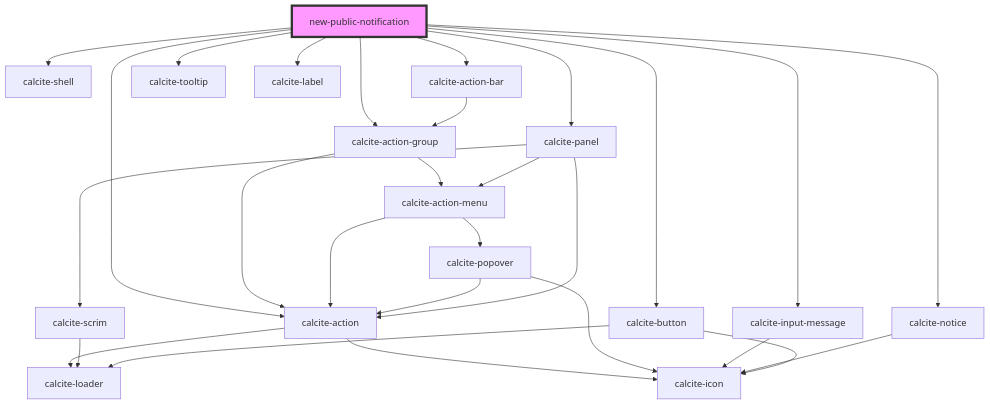
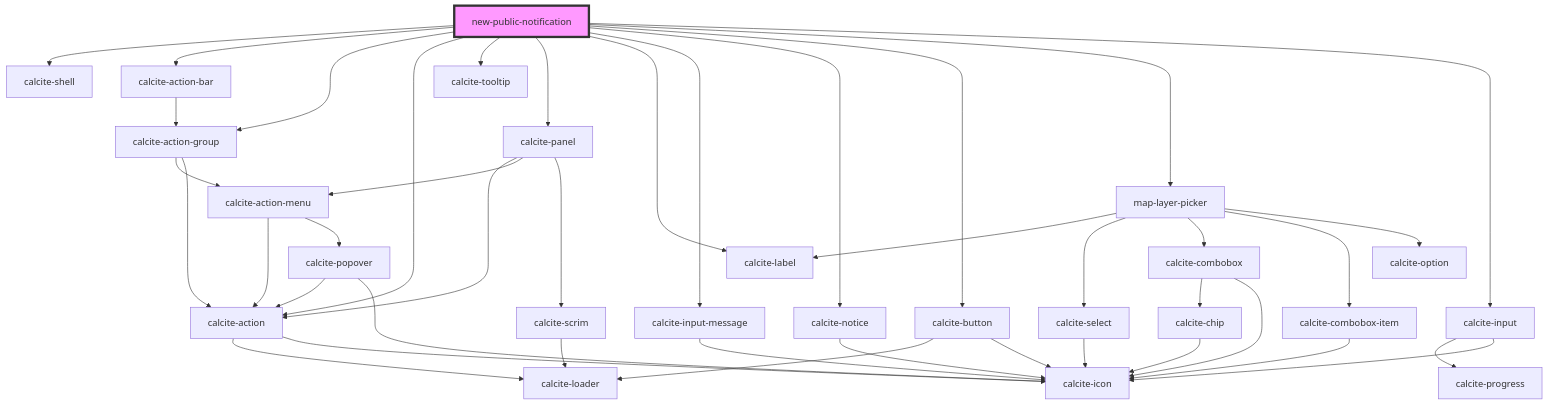
The diagram in src/components/new-public-notification/readme.md (Esri/solutions-components), drawn with Mermaid before and after one commit. The commit also changed other lines of this file and 7 other files, not shown here.

````diff
--- a/src/components/new-public-notification/readme.md
+++ b/src/components/new-public-notification/readme.md
@@ -24,31 +35,45 @@
 ```mermaid
 graph TD;
   new-public-notification --> calcite-shell
   new-public-notification --> calcite-action-bar
   new-public-notification --> calcite-action-group
   new-public-notification --> calcite-action
   new-public-notification --> calcite-tooltip
   new-public-notification --> calcite-panel
   new-public-notification --> calcite-label
   new-public-notification --> calcite-input-message
   new-public-notification --> calcite-notice
   new-public-notification --> calcite-button
+  new-public-notification --> map-layer-picker
+  new-public-notification --> calcite-input
   calcite-action-bar --> calcite-action-group
   calcite-action-group --> calcite-action-menu
   calcite-action-group --> calcite-action
   calcite-action-menu --> calcite-action
   calcite-action-menu --> calcite-popover
   calcite-action --> calcite-loader
   calcite-action --> calcite-icon
   calcite-popover --> calcite-action
   calcite-popover --> calcite-icon
   calcite-panel --> calcite-action
   calcite-panel --> calcite-action-menu
   calcite-panel --> calcite-scrim
   calcite-scrim --> calcite-loader
   calcite-input-message --> calcite-icon
   calcite-notice --> calcite-icon
   calcite-button --> calcite-loader
   calcite-button --> calcite-icon
+  map-layer-picker --> calcite-label
+  map-layer-picker --> calcite-select
+  map-layer-picker --> calcite-combobox
+  map-layer-picker --> calcite-combobox-item
+  map-layer-picker --> calcite-option
+  calcite-select --> calcite-icon
+  calcite-combobox --> calcite-chip
+  calcite-combobox --> calcite-icon
+  calcite-chip --> calcite-icon
+  calcite-combobox-item --> calcite-icon
+  calcite-input --> calcite-progress
+  calcite-input --> calcite-icon
   style new-public-notification fill:#f9f,stroke:#333,stroke-width:4px
 ```
````
